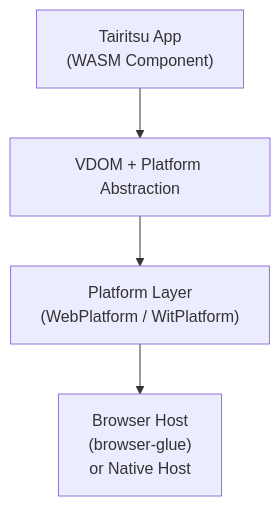
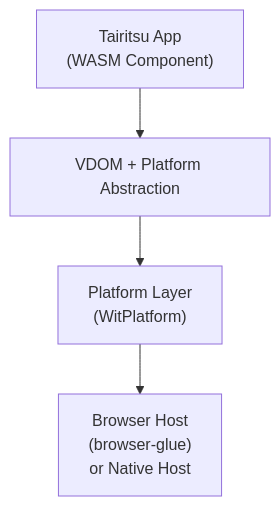
Before and after one commit to celestia-island/tairitsu: the second of 2 diagrams in docs/en/guides/migration/dioxus-to-tairitsu.md, drawn with Mermaid. The commit also changed other lines of this file and 48 other files, not shown here.

````diff
--- a/docs/en/guides/migration/dioxus-to-tairitsu.md
+++ b/docs/en/guides/migration/dioxus-to-tairitsu.md
@@ -37,6 +37,6 @@
 ```mermaid
 graph TD
     APP["Tairitsu App<br/>(WASM Component)"] --> VDOM["VDOM + Platform Abstraction"]
-    VDOM --> PLAT["Platform Layer<br/>(WebPlatform / WitPlatform)"]
+    VDOM --> PLAT["Platform Layer<br/>(WitPlatform)"]
     PLAT --> HOST["Browser Host<br/>(browser-glue)<br/>or Native Host"]
 ```
````
